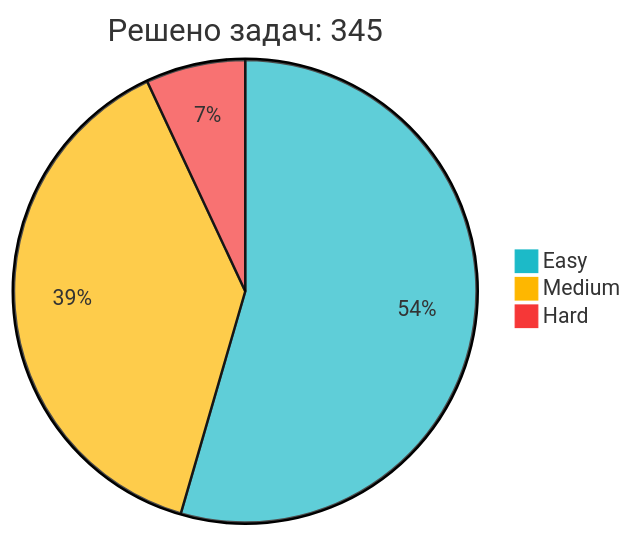
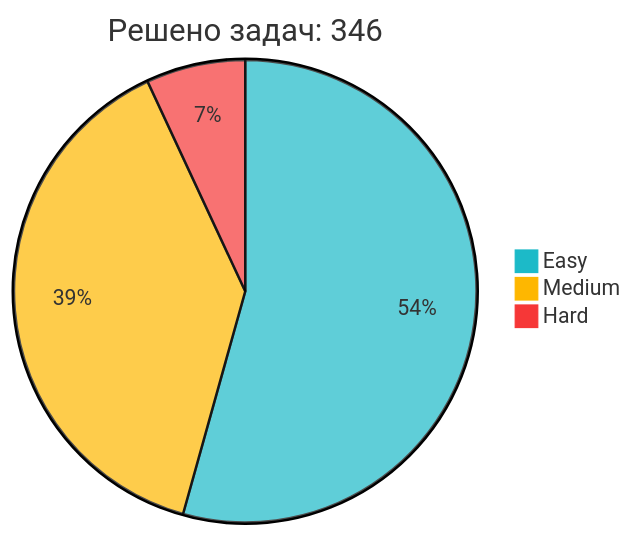
The diagram in README.md (IliaKurdukov/IliaKurdukov), drawn with Mermaid before and after one commit. The commit also changed other lines of this file, not shown here.

Commit message:
📈 Обновление статистики LeetCode

````diff
--- a/README.md
+++ b/README.md
@@ -51,7 +51,7 @@
 ```mermaid
 %%{init: {'theme': 'base', 'themeVariables': { 'pie1': '#1CBAC8', 'pie2': '#FEB700', 'pie3': '#F63737' }, 'config': {'width': 300, 'height': 200}}}%%
-pie title Решено задач: 345
+pie title Решено задач: 346
    "Easy" : 188
-   "Medium" : 133
+   "Medium" : 134
    "Hard" : 24
 ```
````
